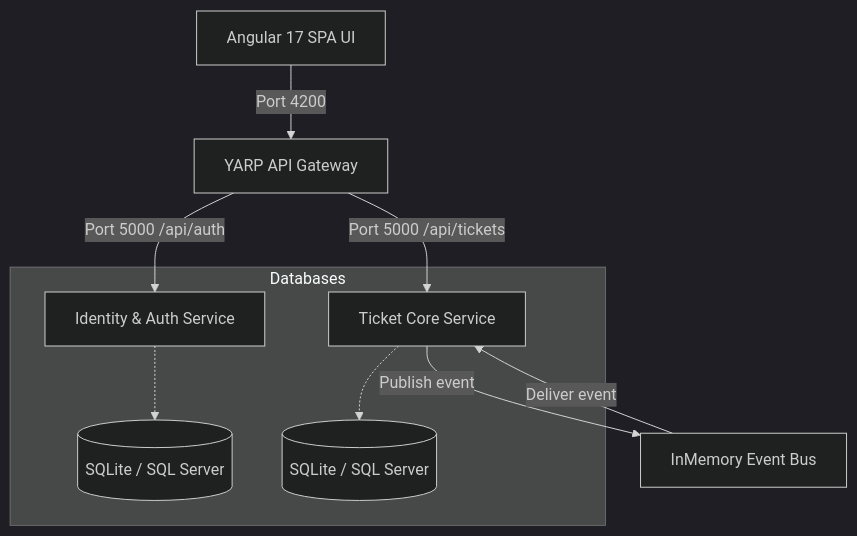
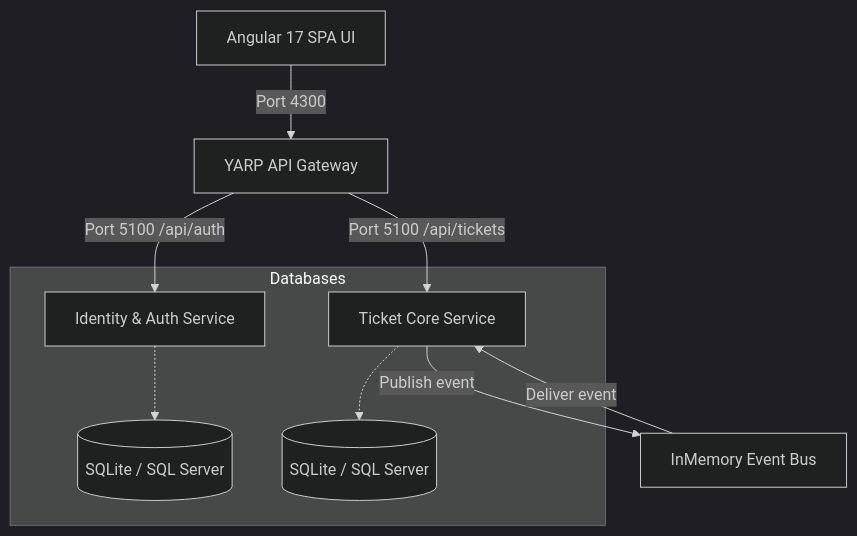
One commit to geekpratyush/ResolveDesk changed the diagram in README.md. Above: the diagram before and after it, drawn with Mermaid (dark theme). The commit also changed other lines of this file and 14 other files, not shown here.

````diff
--- a/README.md
+++ b/README.md
@@ -11,14 +11,14 @@
 ```mermaid
 graph TD
-    UI[Angular 17 SPA UI] -->|Port 4200| GW[YARP API Gateway]
-    GW -->|Port 5000 /api/auth| ID[Identity & Auth Service]
-    GW -->|Port 5000 /api/tickets| TC[Ticket Core Service]
+    UI[Angular 17 SPA UI] -->|Port 4300| GW[YARP API Gateway]
+    GW -->|Port 5100 /api/auth| ID[Identity & Auth Service]
+    GW -->|Port 5100 /api/tickets| TC[Ticket Core Service]
     
     TC -->|Publish event| EB[InMemory Event Bus]
     EB -->|Deliver event| TC
     
     subgraph Databases
         ID -.-> ID_DB[(SQLite / SQL Server)]
         TC -.-> TC_DB[(SQLite / SQL Server)]
     end
 ```
````
